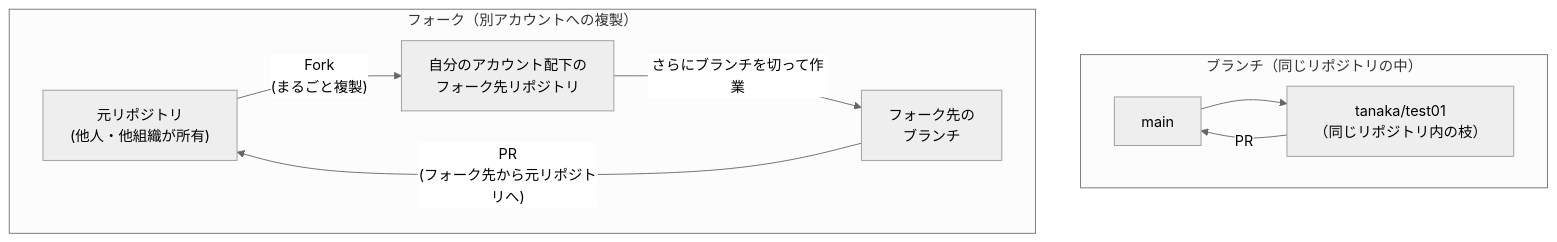
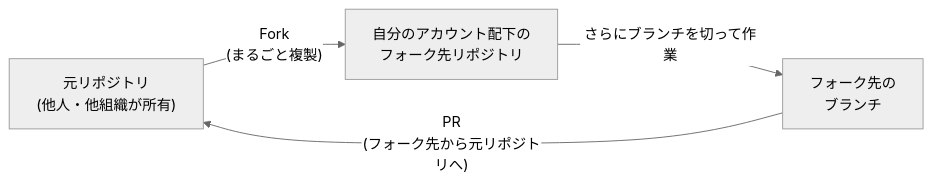
One commit to Kaito-nakamura-mtg/data-training-mission changed the fourth of 6 diagrams in docs/training_manual.md. Above: the diagram before and after it, drawn with Mermaid (neutral theme). The commit also changed other lines of this file, not shown here.

Commit message:
docs: ブランチとForkの図を上下2つの独立した図に分割
一つのflowchartに2つのsubgraphをまとめていたが、見比べにくいため見出し付きの別々の図に分けた。

````diff
--- a/docs/training_manual.md
+++ b/docs/training_manual.md
@@ -230,15 +240,6 @@
 ```mermaid
-flowchart TB
-    subgraph ブランチ["ブランチ（同じリポジトリの中）"]
-        direction LR
-        M1["main"] --> B1["tanaka/test01\n（同じリポジトリ内の枝）"]
-        B1 -->|"PR"| M1
-    end
-
-    subgraph フォーク["フォーク（別アカウントへの複製）"]
-        direction LR
-        R["元リポジトリ\n(他人・他組織が所有)"] -->|"Fork\n(まるごと複製)"| F["自分のアカウント配下の\nフォーク先リポジトリ"]
-        F -->|"さらにブランチを切って作業"| FB["フォーク先の\nブランチ"]
-        FB -->|"PR\n(フォーク先から元リポジトリへ)"| R
-    end
+flowchart LR
+    R["元リポジトリ\n(他人・他組織が所有)"] -->|"Fork\n(まるごと複製)"| F["自分のアカウント配下の\nフォーク先リポジトリ"]
+    F -->|"さらにブランチを切って作業"| FB["フォーク先の\nブランチ"]
+    FB -->|"PR\n(フォーク先から元リポジトリへ)"| R
 ```
````
